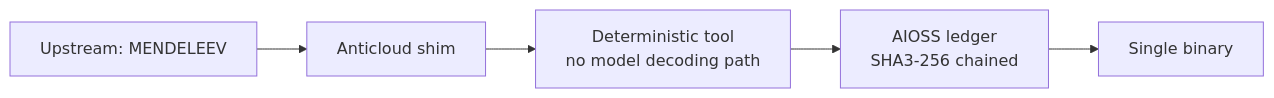
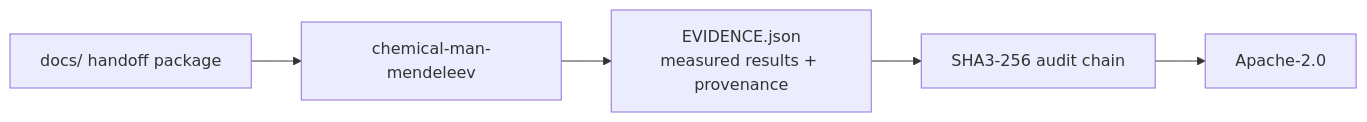
One commit to the-anticloud/chemical-man-mendeleev changed the diagram in README.md. Above: the diagram before and after it, drawn with Mermaid. The commit also changed other lines of this file and 8 other files, not shown here.

````diff
--- a/README.md
+++ b/README.md
@@ -11,7 +22,7 @@
 ```mermaid
 graph LR
-    U[Upstream: MENDELEEV] --> S[Anticloud shim]
-    S --> T[Deterministic tool<br/>no model decoding path]
-    T --> A[AIOSS ledger<br/>SHA3-256 chained]
-    A --> B[Single binary]
+    D[docs/ handoff package] --> R[chemical-man-mendeleev]
+    R --> E[EVIDENCE.json\nmeasured results + provenance]
+    E --> A[SHA3-256 audit chain]
+    A --> L[Apache-2.0]
 ```
````
